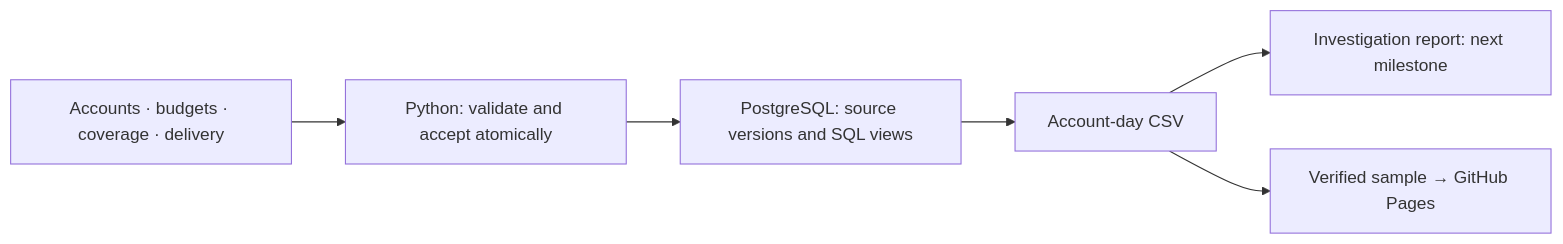
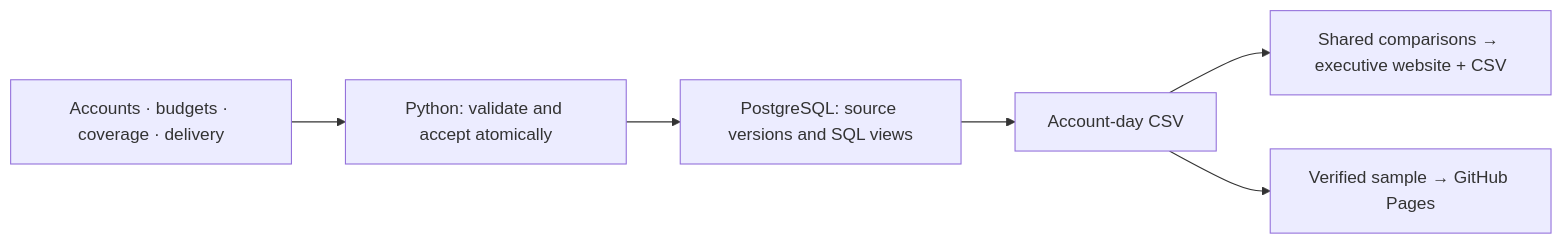
One commit to cheng-alex-chang/commercial-intelligence-lab changed the diagram in README.md. Above: the diagram before and after it, drawn with Mermaid. The commit also changed other lines of this file and 19 other files, not shown here.

Commit message:
Add an executive briefing from shared verified report snapshots

````diff
--- a/README.md
+++ b/README.md
@@ -31,8 +31,8 @@
 ```mermaid
 flowchart LR
     A[Accounts · budgets · coverage · delivery] --> B[Python: validate and accept atomically]
     B --> C[PostgreSQL: source versions and SQL views]
     C --> D[Account-day CSV]
-    D --> E[Investigation report: next milestone]
+    D --> E[Shared comparisons → executive website + CSV]
     D --> F[Verified sample → GitHub Pages]
 ```
````
